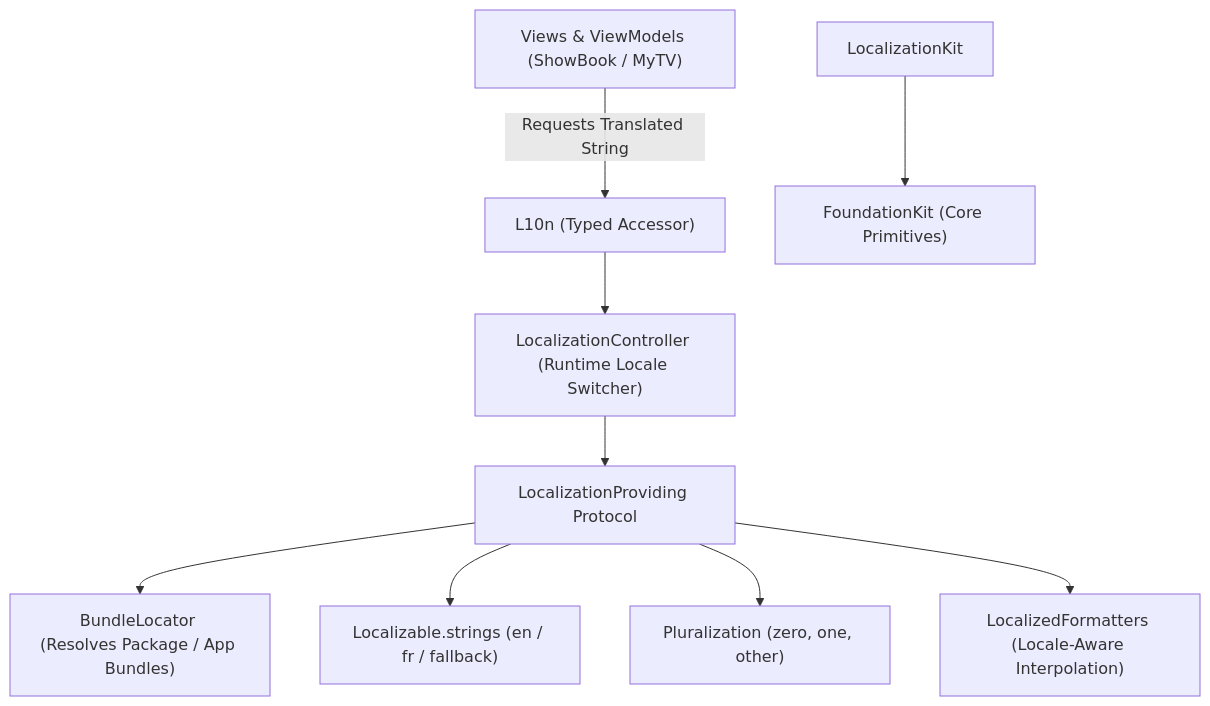
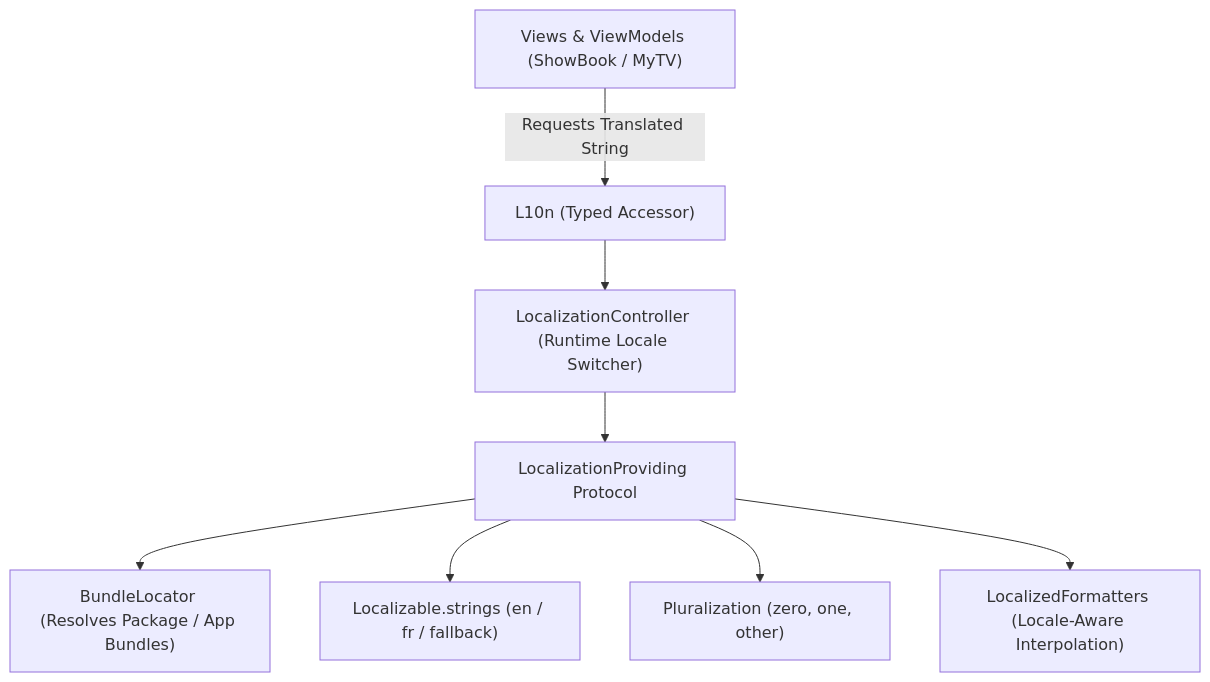
Before and after one commit to Anurag-Chourasia/LocalizationKit: the diagram in README.md, drawn with Mermaid. The commit also changed other lines of this file and 3 other files, not shown here.

Commit message:
IOS-68 | Remove unused FoundationKit dependency edge from LocalizationKit

````diff
--- a/README.md
+++ b/README.md
@@ -16,11 +16,10 @@
 ```mermaid
 flowchart TD
     Consumer["Views & ViewModels (ShowBook / MyTV)"] -->|Requests Translated String| L10n["L10n (Typed Accessor)"]
     L10n --> Controller["LocalizationController (Runtime Locale Switcher)"]
     Controller --> Provider["LocalizationProviding Protocol"]
     Provider --> Bundle["BundleLocator (Resolves Package / App Bundles)"]
     Provider --> Strings["Localizable.strings (en / fr / fallback)"]
     Provider --> Plural["Pluralization (zero, one, other)"]
     Provider --> Formatters["LocalizedFormatters (Locale-Aware Interpolation)"]
-    LocalizationKit --> FoundationKit["FoundationKit (Core Primitives)"]
 ```
````
